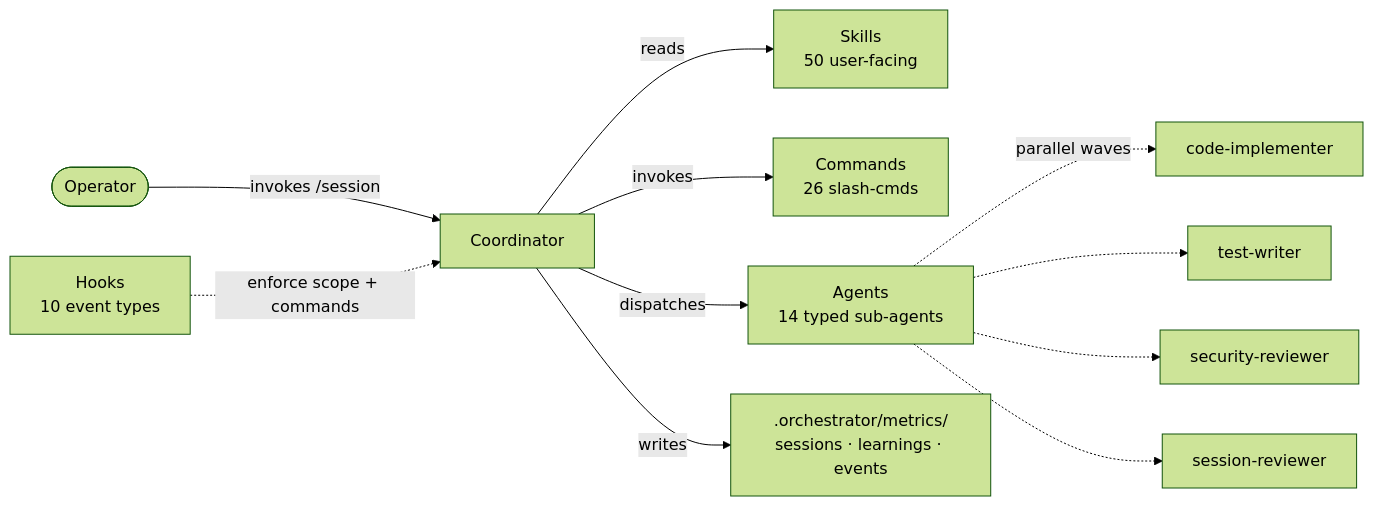
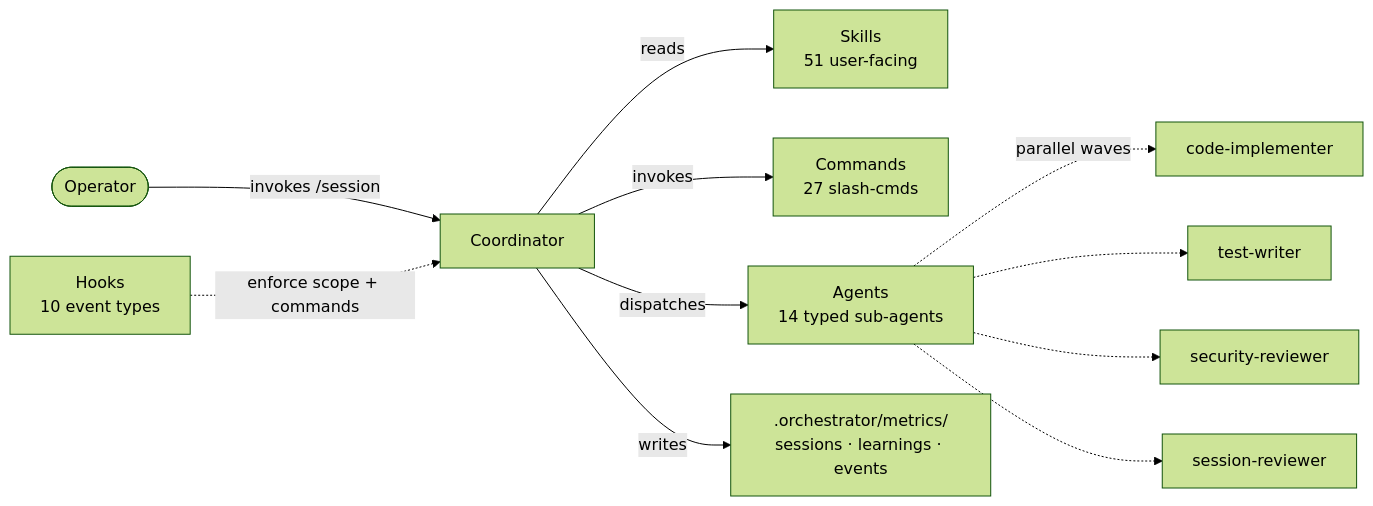
One commit to Kanevry/session-orchestrator changed the diagram in docs/components.md. Above: the diagram before and after it, drawn with Mermaid (forest theme). The commit also changed other lines of this file and 9 other files, not shown here.

````diff
--- a/docs/components.md
+++ b/docs/components.md
@@ -7,13 +7,13 @@
 ```mermaid
 flowchart LR
     USER([Operator]) -->|invokes /session| COORD[Coordinator]
-    COORD -->|reads| SK[Skills<br/>50 user-facing]
-    COORD -->|invokes| CMD[Commands<br/>26 slash-cmds]
+    COORD -->|reads| SK[Skills<br/>51 user-facing]
+    COORD -->|invokes| CMD[Commands<br/>27 slash-cmds]
     COORD -->|dispatches| AG[Agents<br/>14 typed sub-agents]
     AG -.->|parallel waves| W1[code-implementer]
     AG -.-> W2[test-writer]
     AG -.-> W3[security-reviewer]
     AG -.-> W4[session-reviewer]
     HOOK[Hooks<br/>10 event types] -.->|enforce scope + commands| COORD
     COORD -->|writes| METRIC[.orchestrator/metrics/<br/>sessions · learnings · events]
 ```
````
